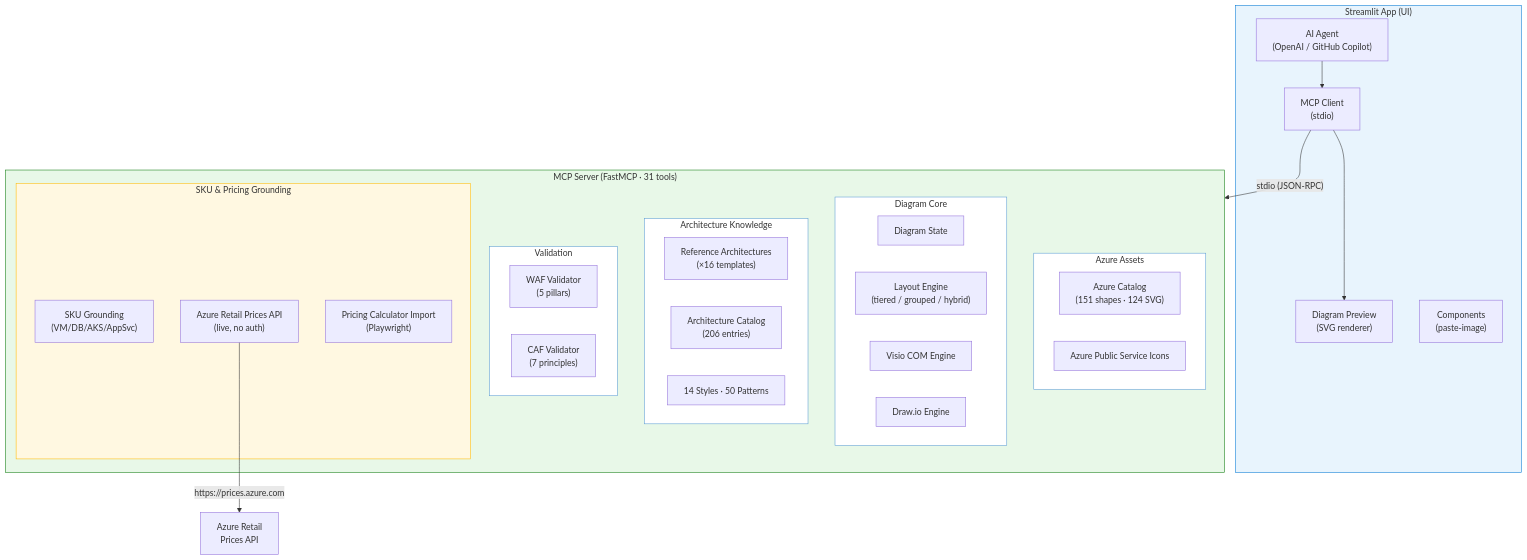
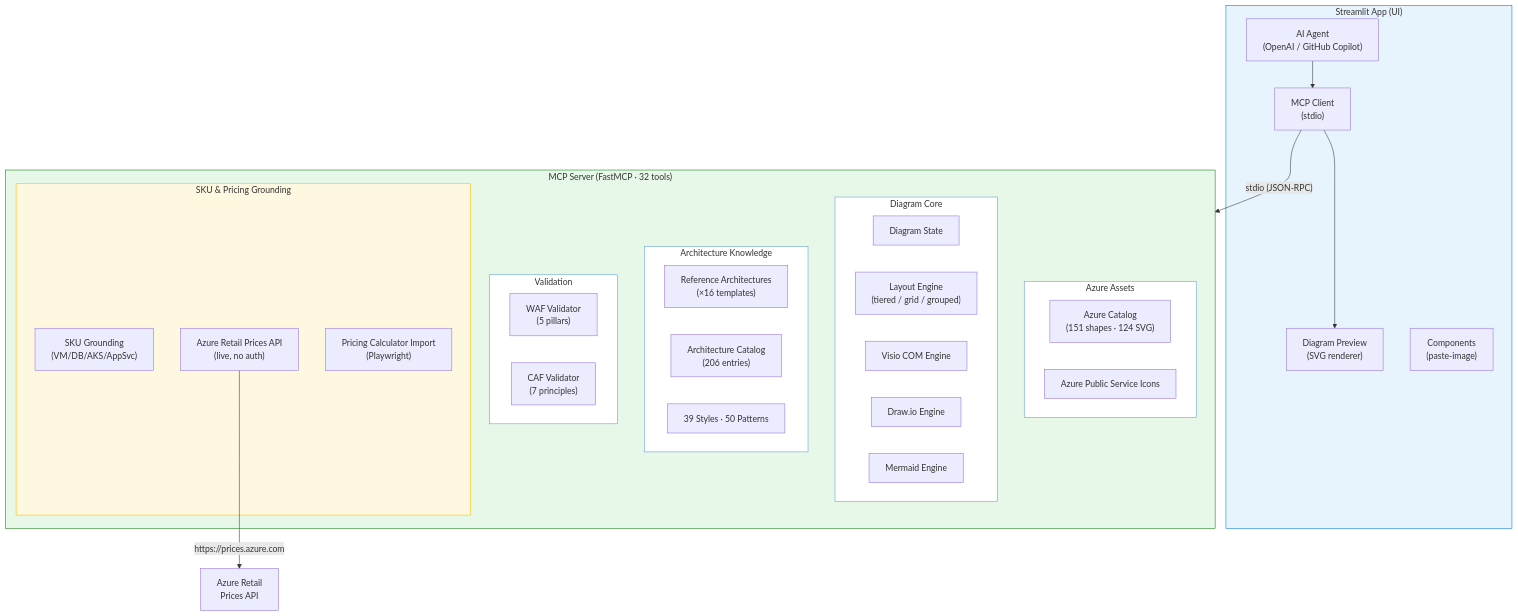
One commit to CloudDaddyZA/VisioIntegration changed the diagram in README.md. Above: the diagram before and after it, drawn with Mermaid. The commit also changed 13 other files, not shown here.

````diff
--- a/README.md
+++ b/README.md
@@ -105,54 +105,55 @@
 ```mermaid
 graph TD
     subgraph UI["Streamlit App (UI)"]
         AI["AI Agent<br/>(OpenAI / GitHub Copilot)"]
         MCP_C["MCP Client<br/>(stdio)"]
         Preview["Diagram Preview<br/>(SVG renderer)"]
         Components["Components<br/>(paste-image)"]
         AI --> MCP_C
         MCP_C --> Preview
     end
 
     MCP_C -->|"stdio (JSON-RPC)"| Server
 
-    subgraph Server["MCP Server (FastMCP · 31 tools)"]
+    subgraph Server["MCP Server (FastMCP · 32 tools)"]
         subgraph Core["Diagram Core"]
             State["Diagram State"]
-            Layout["Layout Engine<br/>(tiered / grouped / hybrid)"]
+            Layout["Layout Engine<br/>(tiered / grid / grouped)"]
             Visio["Visio COM Engine"]
             Drawio["Draw.io Engine"]
+            Mermaid["Mermaid Engine"]
         end
 
         subgraph Knowledge["Architecture Knowledge"]
             RefArch["Reference Architectures<br/>(×16 templates)"]
             Catalog["Architecture Catalog<br/>(206 entries)"]
-            Styles["14 Styles · 50 Patterns"]
+            Styles["39 Styles · 50 Patterns"]
         end
 
         subgraph Validation["Validation"]
             WAF["WAF Validator<br/>(5 pillars)"]
             CAF["CAF Validator<br/>(7 principles)"]
         end
 
         subgraph Grounding["SKU & Pricing Grounding"]
             SKU["SKU Grounding<br/>(VM/DB/AKS/AppSvc)"]
             Pricing["Azure Retail Prices API<br/>(live, no auth)"]
             PricingImport["Pricing Calculator Import<br/>(Playwright)"]
         end
 
         subgraph Assets["Azure Assets"]
             ShapeCatalog["Azure Catalog<br/>(151 shapes · 124 SVG)"]
             Icons["Azure Public Service Icons"]
         end
     end
 
     Pricing -->|"https://prices.azure.com"| AzureAPI["Azure Retail<br/>Prices API"]
 
     style UI fill:#E8F4FD,stroke:#0078D4
     style Server fill:#E8F8E8,stroke:#107C10
     style Core fill:#FFFFFF,stroke:#5B9BD5
     style Knowledge fill:#FFFFFF,stroke:#5B9BD5
     style Validation fill:#FFFFFF,stroke:#5B9BD5
     style Grounding fill:#FFF8E1,stroke:#FFB900
     style Assets fill:#FFFFFF,stroke:#5B9BD5
 ```
````
